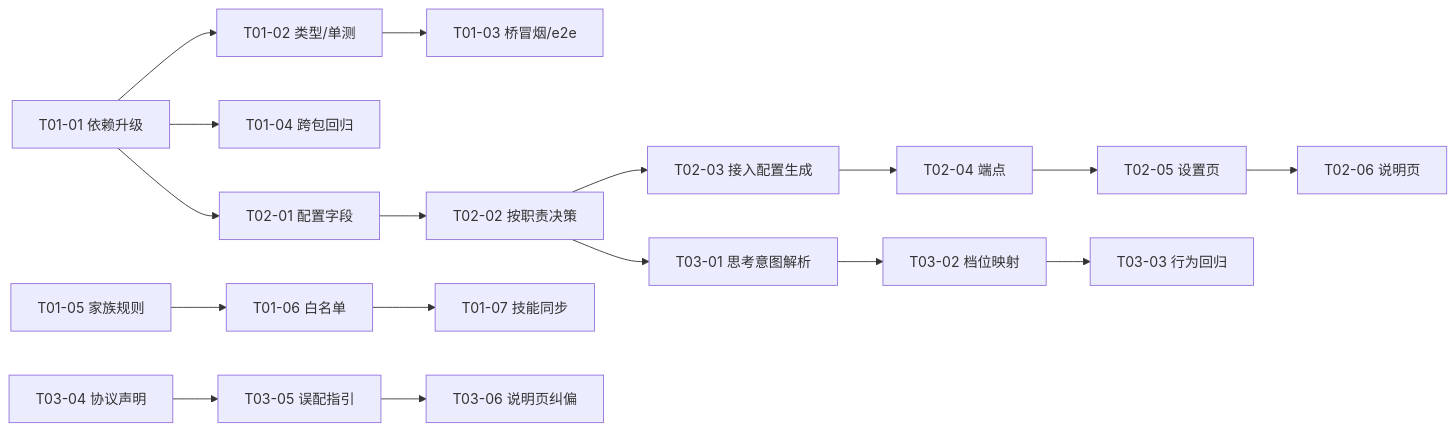
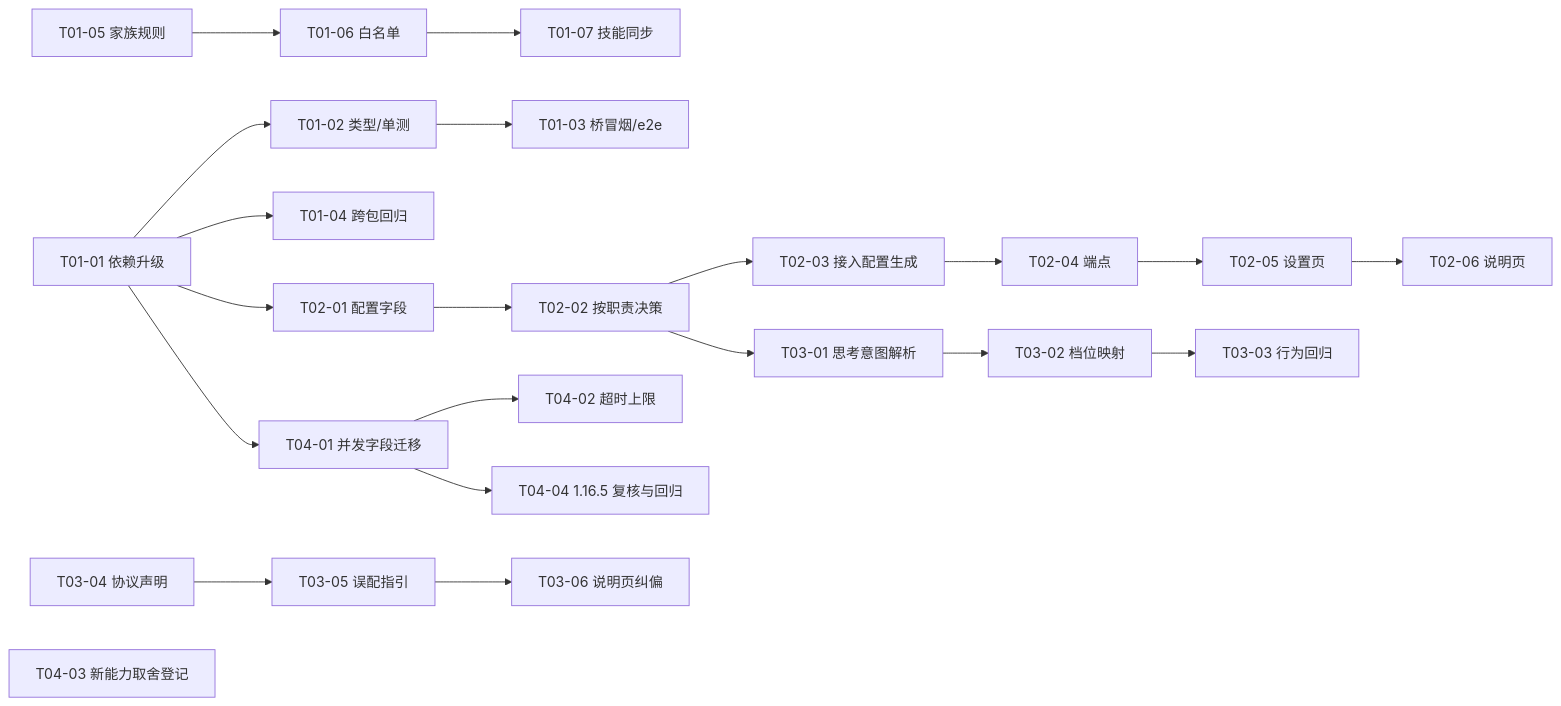
One commit to FNOSP/fnos-dsh changed the second of 3 diagrams in docs/plans/PLAN-FNOS-021-midscene-library-integration.md. Above: the diagram before and after it, drawn with Mermaid. The commit also changed other lines of this file and 9 other files, not shown here.

````diff
--- a/docs/plans/PLAN-FNOS-021-midscene-library-integration.md
+++ b/docs/plans/PLAN-FNOS-021-midscene-library-integration.md
@@ -143,19 +155,23 @@
 ```mermaid
 flowchart LR
   T0101["T01-01 依赖升级"] --> T0102["T01-02 类型/单测"]
   T0102 --> T0103["T01-03 桥冒烟/e2e"]
   T0101 --> T0104["T01-04 跨包回归"]
   T0105["T01-05 家族规则"] --> T0106["T01-06 白名单"]
   T0106 --> T0107["T01-07 技能同步"]
   T0101 --> T0201["T02-01 配置字段"]
   T0201 --> T0202["T02-02 按职责决策"]
   T0202 --> T0203["T02-03 接入配置生成"]
   T0203 --> T0204["T02-04 端点"]
   T0204 --> T0205["T02-05 设置页"]
   T0205 --> T0206["T02-06 说明页"]
   T0202 --> T0301["T03-01 思考意图解析"]
   T0301 --> T0302["T03-02 档位映射"]
   T0302 --> T0303["T03-03 行为回归"]
   T0304["T03-04 协议声明"] --> T0305["T03-05 误配指引"]
   T0305 --> T0306["T03-06 说明页纠偏"]
+  T0101 --> T0401["T04-01 并发字段迁移"]
+  T0401 --> T0402["T04-02 超时上限"]
+  T0403["T04-03 新能力取舍登记"]
+  T0401 --> T0404["T04-04 1.16.5 复核与回归"]
 ```
````
